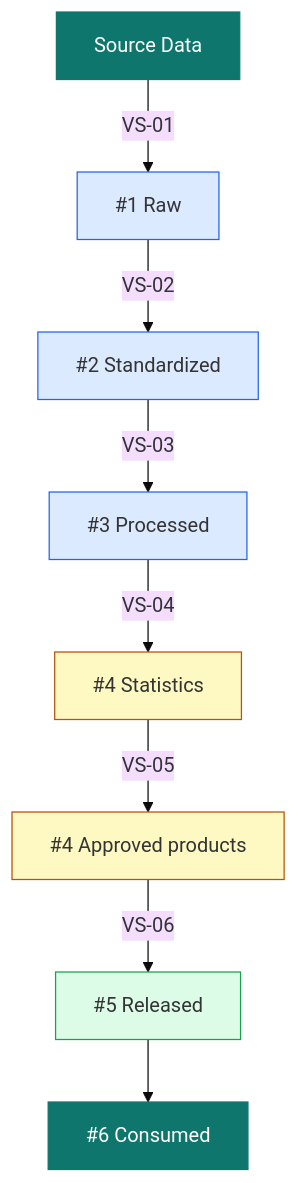
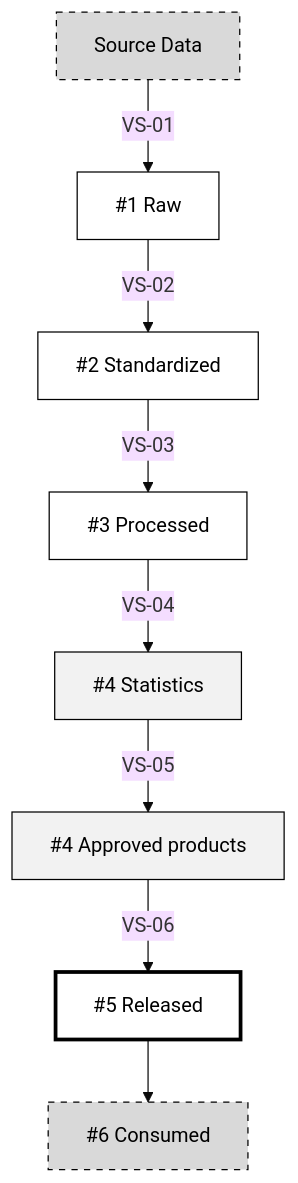
One commit to UNECE/Statistical-Architecture-Framework changed the first of 2 diagrams in site/SAF-in-Brief.qmd. Above: the diagram before and after it, drawn with Mermaid (base theme). The commit also changed other lines of this file and 1 other file, not shown here.

Commit message:
Use greyscale diagrams in SAF in Brief and Getting Started
Apply the neutral mermaid style from the previous commit to the two
documents it missed: states and thread diagrams use white, light grey,
thick-border and dashed-border classes, and captions describe the new key.

````diff
--- a/site/SAF-in-Brief.qmd
+++ b/site/SAF-in-Brief.qmd
@@ -54,20 +54,17 @@
 ```{mermaid}
 %%| label: fig-brief-states
-%%| fig-cap: "Steady-state handover across the chain. Each arrow is a handover between streams, triggered by a registration event. Blue = data states inside the NSO; yellow = statistics; light green = released; dark green = outside the NSO's control."
+%%| fig-cap: "Steady-state handover across the chain. Each arrow is a handover between streams, triggered by a registration event. White = data states inside the NSO; light grey = statistics; thick border = released; dark grey with dashed border = outside the NSO's control."
 flowchart TD
-    S0["Source Data"]:::ext -->|VS-01| S1["#1 Raw"]
-    S1 -->|VS-02| S2["#2 Standardized"]
-    S2 -->|VS-03| S3["#3 Processed"]
-    S3 -->|VS-04| S4["#4 Statistics"]
-    S4 -->|VS-05| S4b["#4 Approved products"]
-    S4b -->|VS-06| S5["#5 Released"]
+    S0["Source Data"]:::ext -->|VS-01| S1["#1 Raw"]:::s
+    S1 -->|VS-02| S2["#2 Standardized"]:::s
+    S2 -->|VS-03| S3["#3 Processed"]:::s
+    S3 -->|VS-04| S4["#4 Statistics"]:::o
+    S4 -->|VS-05| S4b["#4 Approved products"]:::o
+    S4b -->|VS-06| S5["#5 Released"]:::r
     S5 --> S6["#6 Consumed"]:::ext
 
-    classDef ext fill:#0f766e,color:#fff,stroke:#0f766e
-    style S1 fill:#dbeafe,stroke:#2563eb
-    style S2 fill:#dbeafe,stroke:#2563eb
-    style S3 fill:#dbeafe,stroke:#2563eb
-    style S4 fill:#fef9c3,stroke:#b45309
-    style S4b fill:#fef9c3,stroke:#b45309
-    style S5 fill:#dcfce7,stroke:#16a34a
+    classDef ext fill:#d9d9d9,color:#000,stroke:#000,stroke-dasharray:5 5
+    classDef s fill:#fff,color:#000,stroke:#000
+    classDef o fill:#f2f2f2,color:#000,stroke:#000
+    classDef r fill:#fff,color:#000,stroke:#000,stroke-width:3px
 ```
````
